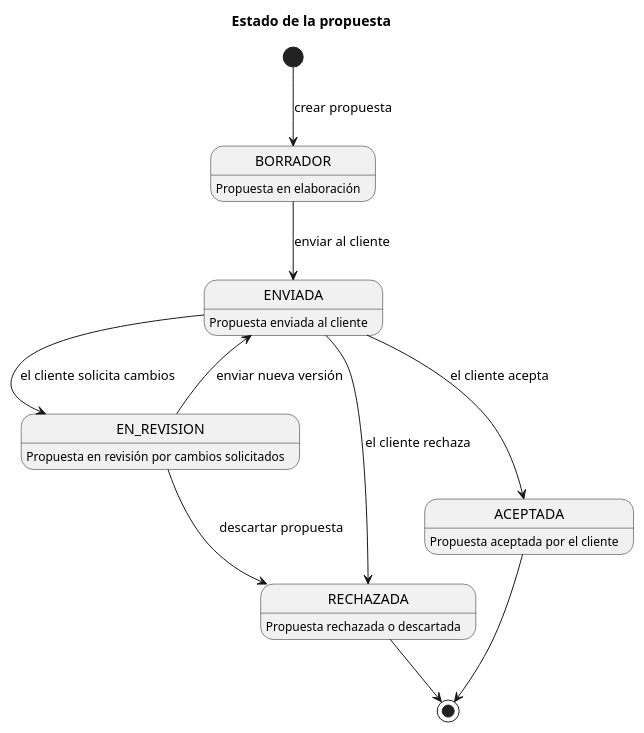
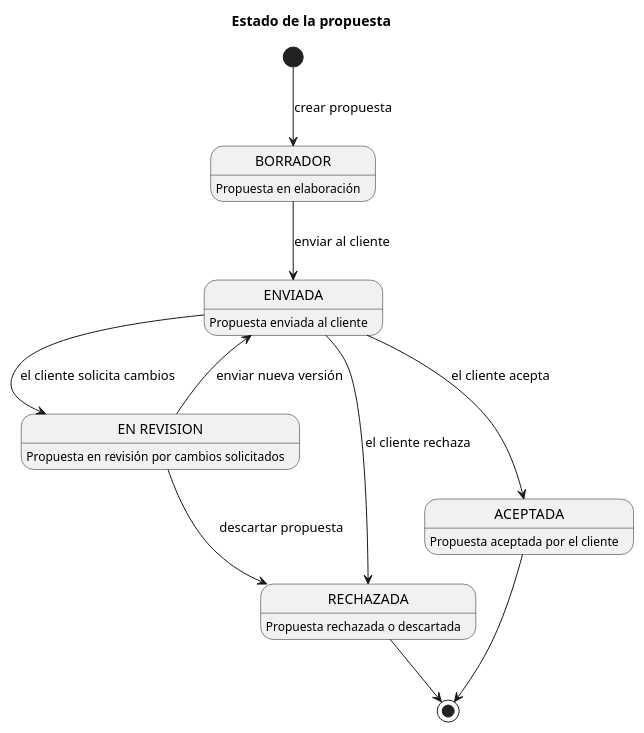
One commit to BrendaLopes/TFG-CRM-BROOKS changed the diagram in docs/diagramas/estados/propuesta.puml. Above: the diagram before and after it, drawn with PlantUML. The commit also changed 10 other files, not shown here.

```diff
--- a/docs/diagramas/estados/propuesta.puml
+++ b/docs/diagramas/estados/propuesta.puml
@@ -1,24 +1,31 @@
 @startuml
 title Estado de la propuesta
+
+
+state "BORRADOR" as BORRADOR
+state "ENVIADA" as ENVIADA
+state "EN REVISION" as EN_REVISION
+state "ACEPTADA" as ACEPTADA
+state "RECHAZADA" as RECHAZADA
 
 [*] --> BORRADOR : crear propuesta
 
 BORRADOR --> ENVIADA : enviar al cliente
 
 ENVIADA --> EN_REVISION : el cliente solicita cambios
 ENVIADA --> ACEPTADA : el cliente acepta
 ENVIADA --> RECHAZADA : el cliente rechaza
 
 EN_REVISION --> ENVIADA : enviar nueva versión
 EN_REVISION --> RECHAZADA : descartar propuesta
 
 ACEPTADA --> [*]
 RECHAZADA --> [*]
 
 BORRADOR : Propuesta en elaboración
 ENVIADA : Propuesta enviada al cliente
 EN_REVISION : Propuesta en revisión por cambios solicitados
 ACEPTADA : Propuesta aceptada por el cliente
 RECHAZADA : Propuesta rechazada o descartada
 
 @enduml
```
